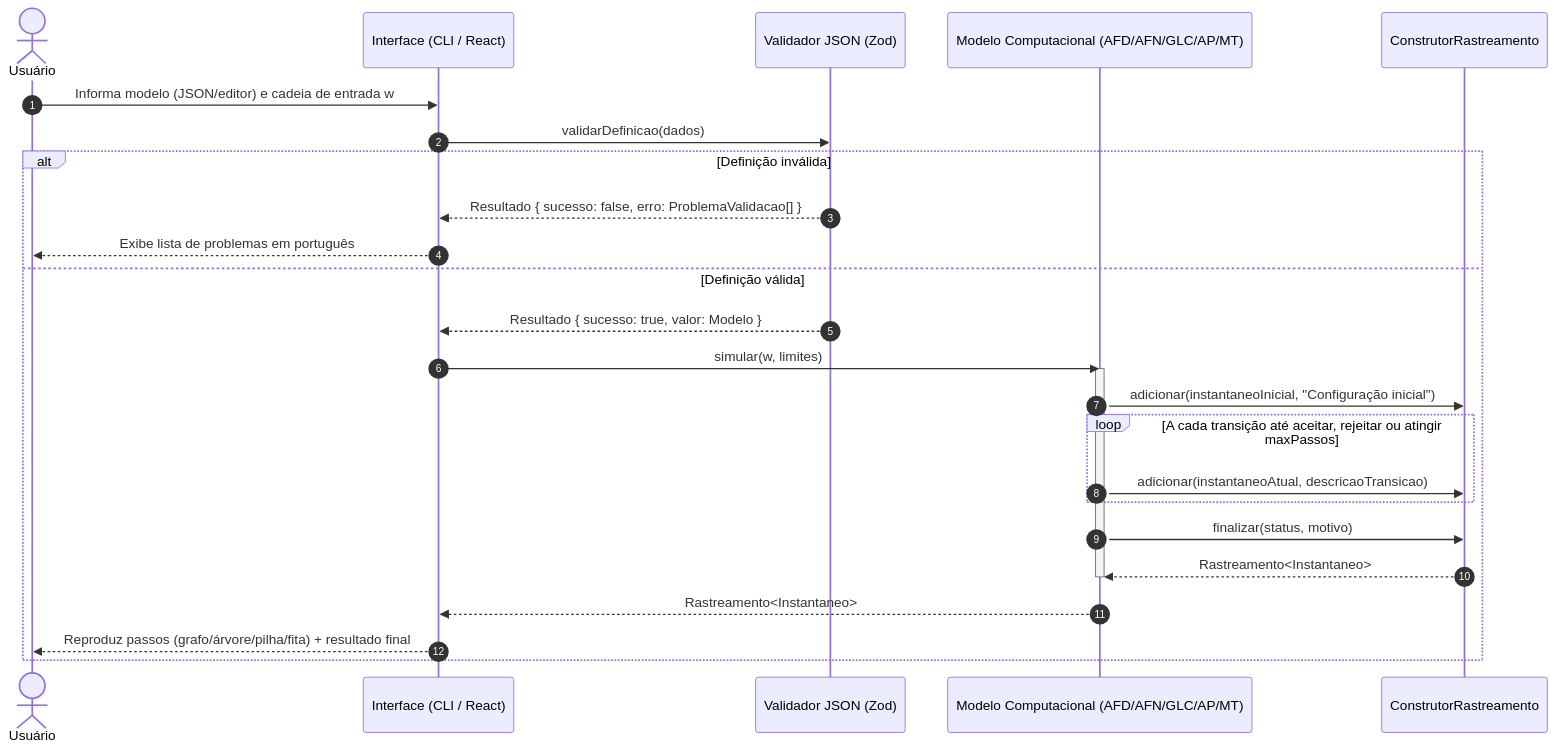
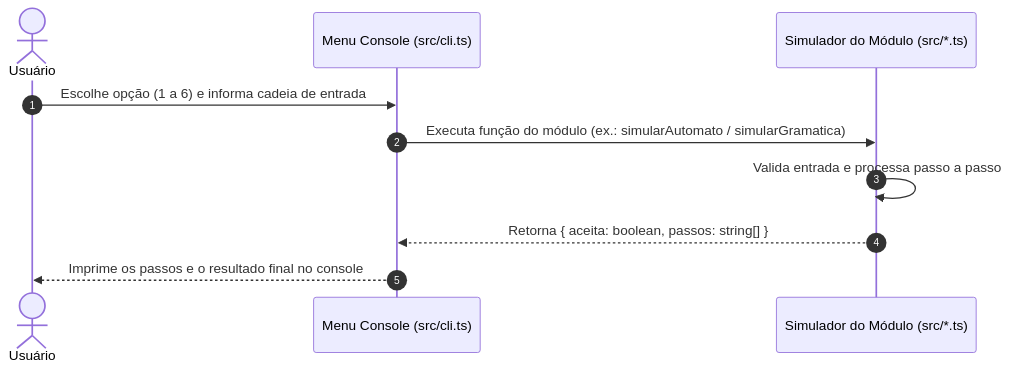
Before and after one commit to gigio-mm/StateLab: the diagram in docs/uml/sequencia.mmd, drawn with Mermaid. The commit also changed 5 other files, not shown here.

Commit message:
docs: add technical document, README with I/O examples and updated UML

```diff
--- a/docs/uml/sequencia.mmd
+++ b/docs/uml/sequencia.mmd
@@ -1,27 +1,11 @@
 sequenceDiagram
   autonumber
   actor Usuario as Usuário
-  participant Interface as Interface (CLI / React)
-  participant Validador as Validador JSON (Zod)
-  participant Modelo as Modelo Computacional (AFD/AFN/GLC/AP/MT)
-  participant Construtor as ConstrutorRastreamento
+  participant CLI as Menu Console (src/cli.ts)
+  participant Modulo as Simulador do Módulo (src/*.ts)
 
-  Usuario->>Interface: Informa modelo (JSON/editor) e cadeia de entrada w
-  Interface->>Validador: validarDefinicao(dados)
-  alt Definição inválida
-    Validador-->>Interface: Resultado { sucesso: false, erro: ProblemaValidacao[] }
-    Interface-->>Usuario: Exibe lista de problemas em português
-  else Definição válida
-    Validador-->>Interface: Resultado { sucesso: true, valor: Modelo }
-    Interface->>Modelo: simular(w, limites)
-    activate Modelo
-    Modelo->>Construtor: adicionar(instantaneoInicial, "Configuração inicial")
-    loop A cada transição até aceitar, rejeitar ou atingir maxPassos
-      Modelo->>Construtor: adicionar(instantaneoAtual, descricaoTransicao)
-    end
-    Modelo->>Construtor: finalizar(status, motivo)
-    Construtor-->>Modelo: Rastreamento<Instantaneo>
-    deactivate Modelo
-    Modelo-->>Interface: Rastreamento<Instantaneo>
-    Interface-->>Usuario: Reproduz passos (grafo/árvore/pilha/fita) + resultado final
-  end
+  Usuario->>CLI: Escolhe opção (1 a 6) e informa cadeia de entrada
+  CLI->>Modulo: Executa função do módulo (ex.: simularAutomato / simularGramatica)
+  Modulo->>Modulo: Valida entrada e processa passo a passo
+  Modulo-->>CLI: Retorna { aceita: boolean, passos: string[] }
+  CLI-->>Usuario: Imprime os passos e o resultado final no console
```
